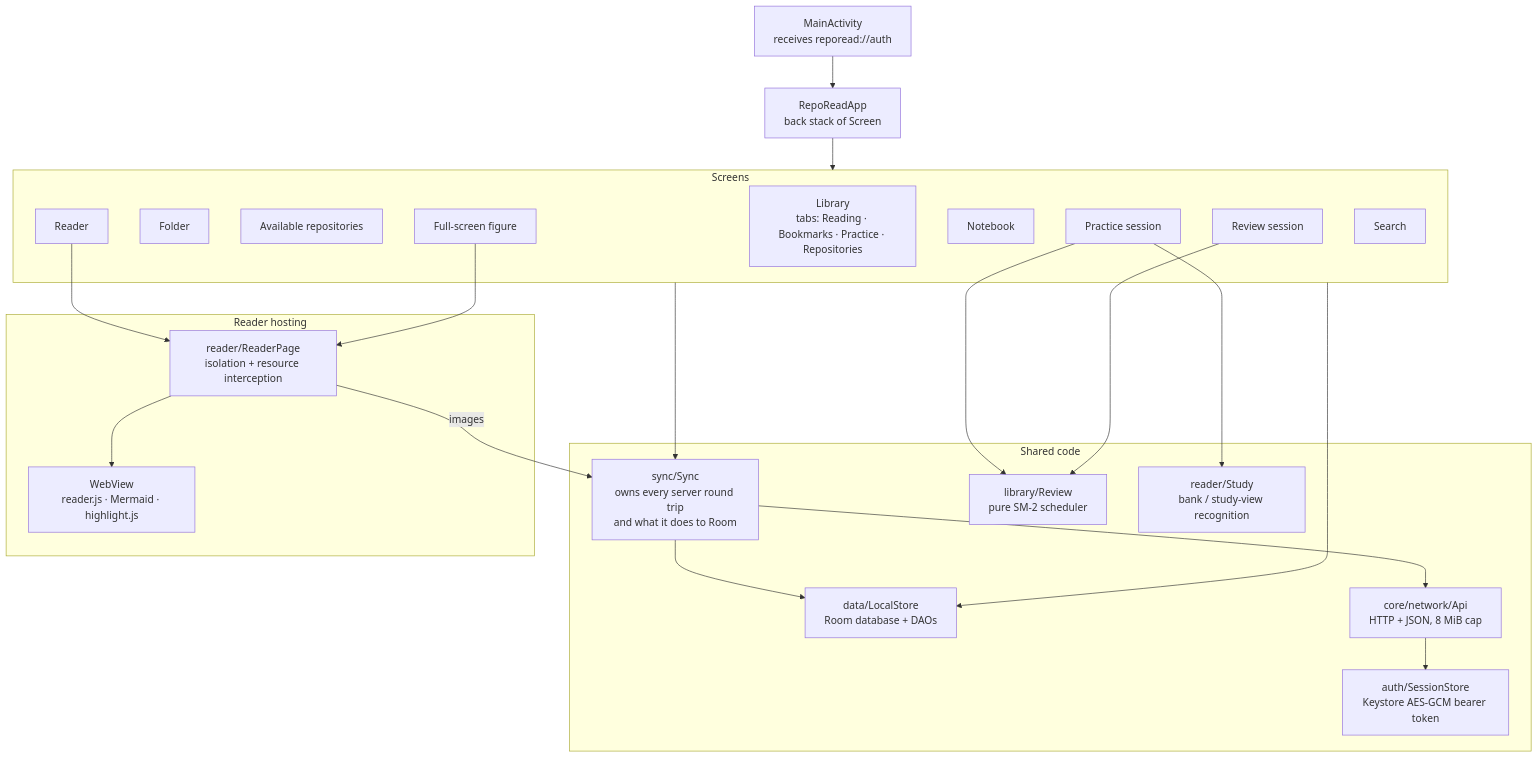
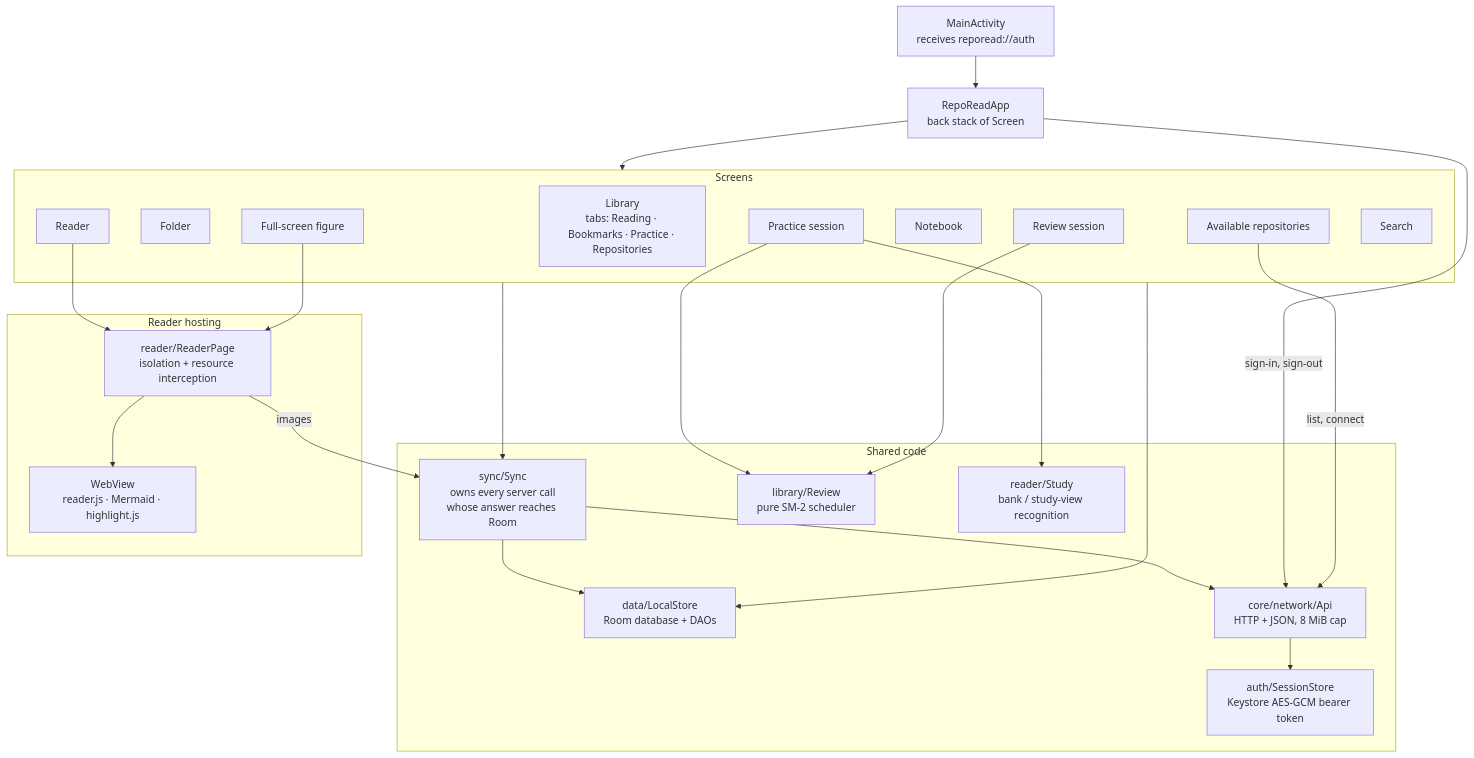
The fifth of 12 diagrams in docs/architecture.md (jaxwong/reporead), drawn with Mermaid before and after one commit. The commit also changed other lines of this file and 7 other files, not shown here.

````diff
--- a/docs/architecture.md
+++ b/docs/architecture.md
@@ -253,46 +253,48 @@
 ```mermaid
 flowchart TB
     Main["MainActivity<br/>receives reporead://auth"]
     App["RepoReadApp<br/>back stack of Screen"]
     Main --> App
 
     subgraph Screens["Screens"]
         Library["Library<br/>tabs: Reading · Bookmarks · Practice · Repositories"]
         Folder["Folder"]
         Available["Available repositories"]
         Reader["Reader"]
         Figure["Full-screen figure"]
         Notebook["Notebook"]
         Practice["Practice session"]
         Review["Review session"]
         Search["Search"]
     end
     App --> Screens
 
     subgraph Core["Shared code"]
-        Sync["sync/Sync<br/>owns every server round trip<br/>and what it does to Room"]
+        Sync["sync/Sync<br/>owns every server call<br/>whose answer reaches Room"]
         Store["data/LocalStore<br/>Room database + DAOs"]
         Api["core/network/Api<br/>HTTP + JSON, 8 MiB cap"]
         Session["auth/SessionStore<br/>Keystore AES-GCM bearer token"]
         Sched["library/Review<br/>pure SM-2 scheduler"]
         StudyK["reader/Study<br/>bank / study-view recognition"]
     end
 
     subgraph ReaderHost["Reader hosting"]
         Page["reader/ReaderPage<br/>isolation + resource interception"]
         WebV["WebView<br/>reader.js · Mermaid · highlight.js"]
         Page --> WebV
     end
 
     Screens --> Sync
     Screens --> Store
     Practice --> StudyK
     Practice --> Sched
     Review --> Sched
     Reader --> Page
     Figure --> Page
     Sync --> Api
+    App -- "sign-in, sign-out" --> Api
+    Available -- "list, connect" --> Api
     Sync --> Store
     Api --> Session
     Page -- "images" --> Sync
 ```
````
